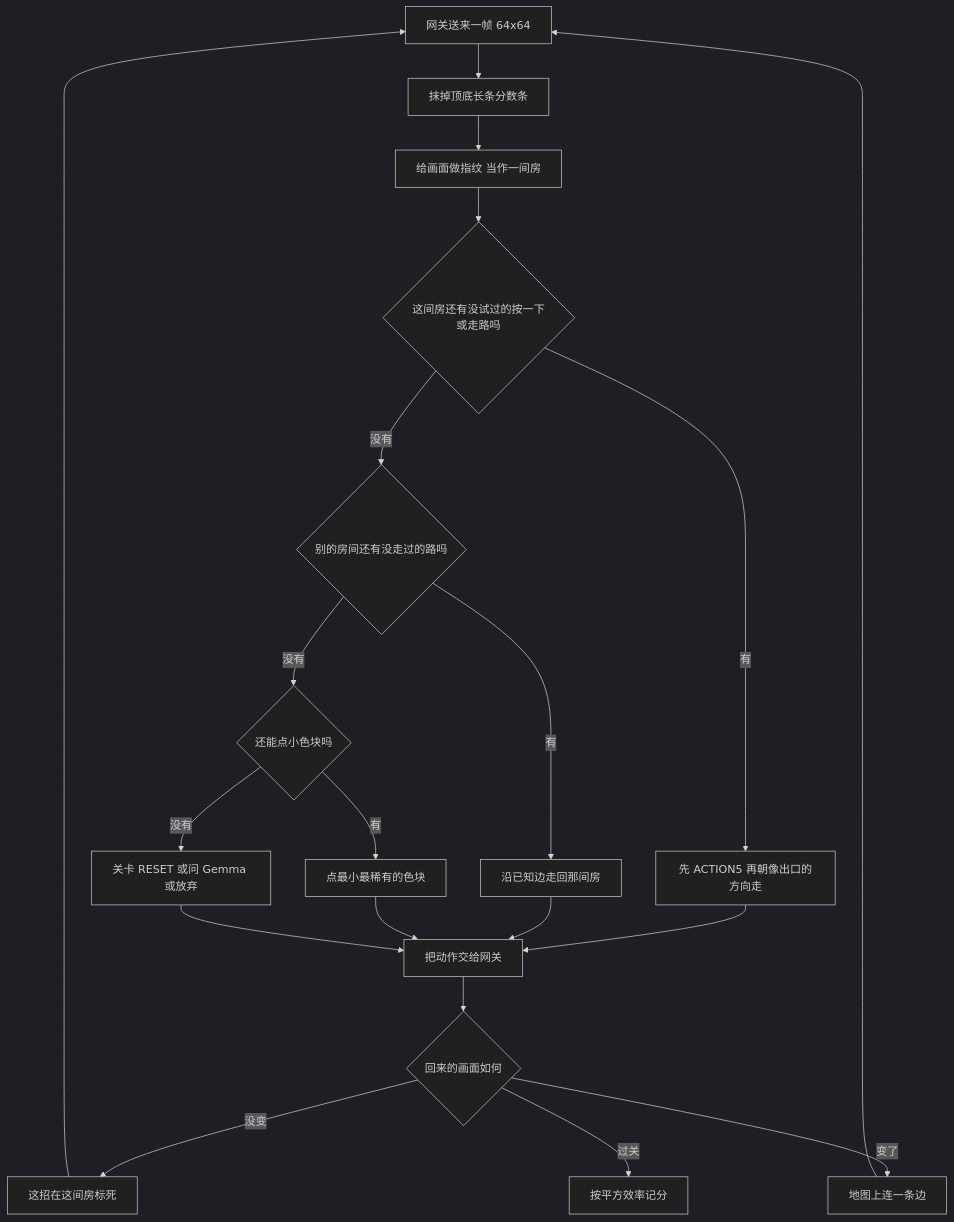
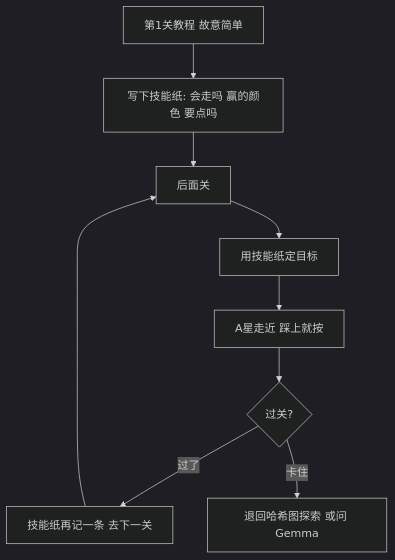
One commit to xiaoqianran/kaggle-lab changed the diagram in notebooks/v06-chutianqiu-arc-agi-3/DESIGN.md. Above: the diagram before and after it, drawn with Mermaid (dark theme). The commit also changed other lines of this file and 1 other file, not shown here.

````diff
--- a/notebooks/v06-chutianqiu-arc-agi-3/DESIGN.md
+++ b/notebooks/v06-chutianqiu-arc-agi-3/DESIGN.md
@@ -21,22 +22,11 @@
 ```mermaid
 flowchart TD
-    A[网关送来一帧 64x64] --> B[抹掉顶底长条分数条]
-    B --> C[给画面做指纹 当作一间房]
-    C --> D{这间房还有没试过的按一下或走路吗}
-    D -->|有| E[先 ACTION5 再朝像出口的方向走]
-    D -->|没有| F{别的房间还有没走过的路吗}
-    F -->|有| G[沿已知边走回那间房]
-    F -->|没有| H{还能点小色块吗}
-    H -->|有| I[点最小最稀有的色块]
-    H -->|没有| J[关卡 RESET 或问 Gemma 或放弃]
-    E --> K[把动作交给网关]
-    G --> K
-    I --> K
-    J --> K
-    K --> L{回来的画面如何}
-    L -->|没变| M[这招在这间房标死]
-    L -->|变了| N[地图上连一条边]
-    L -->|过关| O[按平方效率记分]
-    M --> A
-    N --> A
+    T[第1关教程 故意简单] --> H[写下技能纸: 会走吗 赢的颜色 要点吗]
+    H --> L[后面关]
+    L --> G[用技能纸定目标]
+    G --> P[A星走近 踩上就按]
+    P --> W{过关?}
+    W -->| 过了 | S[技能纸再记一条 去下一关]
+    W -->| 卡住 | X[退回哈希图探索 或问 Gemma]
+    S --> L
 ```
````
